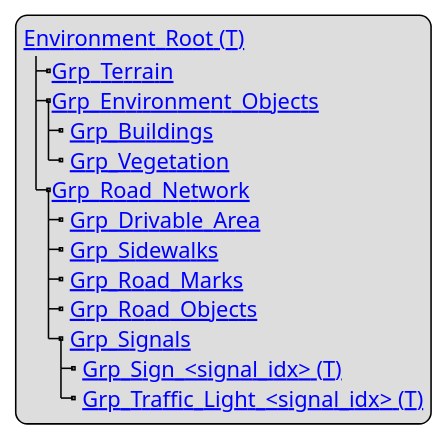
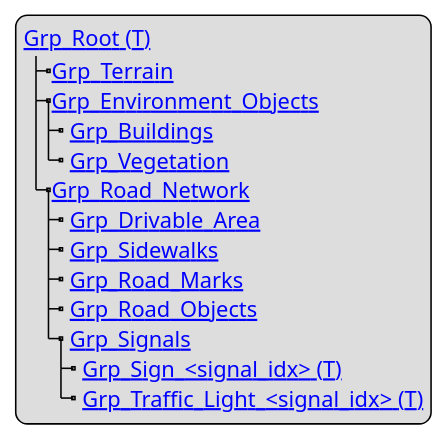
Before and after one commit to asam-ev/OpenMATERIAL: the diagram in content/geometry/object-environment/environment-structure.adoc, drawn with PlantUML. The commit also changed other lines of this file, not shown here.

Commit message:
Rename Environment_Root to Grp_Root

```diff
--- a/content/geometry/object-environment/environment-structure.adoc
+++ b/content/geometry/object-environment/environment-structure.adoc
@@ -9,18 +9,18 @@
 [plantuml]
 ----
 legend
-[[../geometry/object-environment/environment-index.html#_environment_t Environment_Root (T)]]
+[[../geometry/object-environment/environment-index.html#_environment_t Grp_Root (T)]]
 |_[[../geometry/object-environment/environment-index.html#_grp_terrain Grp_Terrain]]
 |_[[../geometry/object-environment/environment-index.html#_grp_environment_objects Grp_Environment_Objects]]
   |_ [[../geometry/object-environment/environment-index.html#_grp_buildings Grp_Buildings]]
   |_ [[../geometry/object-environment/environment-index.html#_grp_vegetation Grp_Vegetation]]
 |_[[../geometry/object-environment/environment-index.html#_grp_road_network Grp_Road_Network]]
   |_ [[../geometry/object-environment/environment-index.html#_grp_drivable_area Grp_Drivable_Area]]
   |_ [[../geometry/object-environment/environment-index.html#_grp_sidewalks Grp_Sidewalks]]
   |_ [[../geometry/object-environment/environment-index.html#_grp_road_marks Grp_Road_Marks]]
   |_ [[../geometry/object-environment/environment-index.html#_grp_road_object Grp_Road_Objects]]
   |_ [[../geometry/object-environment/environment-index.html#_grp_signals Grp_Signals]]
     |_ [[../geometry/object-environment/environment-index.html#_grp_sign_idx_t Grp_Sign_<signal_idx> (T)]]
     |_ [[../geometry/object-environment/environment-index.html#_traffic_light_idx_t Grp_Traffic_Light_<signal_idx> (T)]]
 end legend
 ----
```
